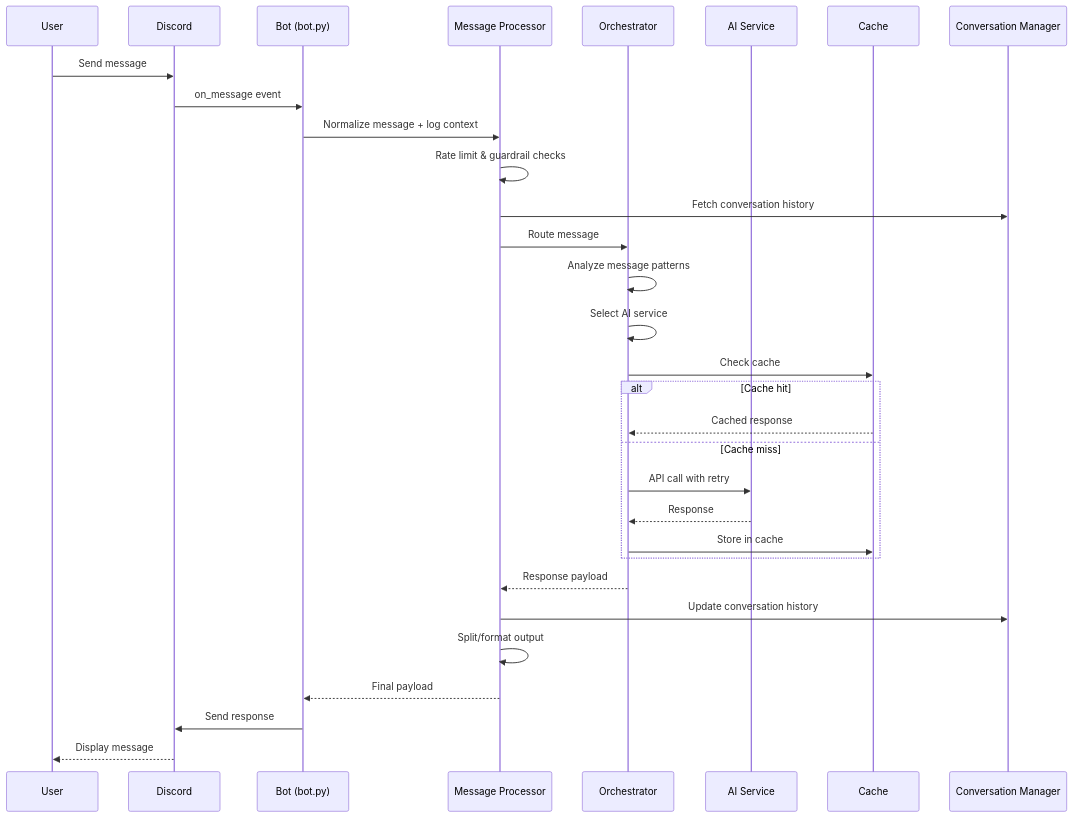
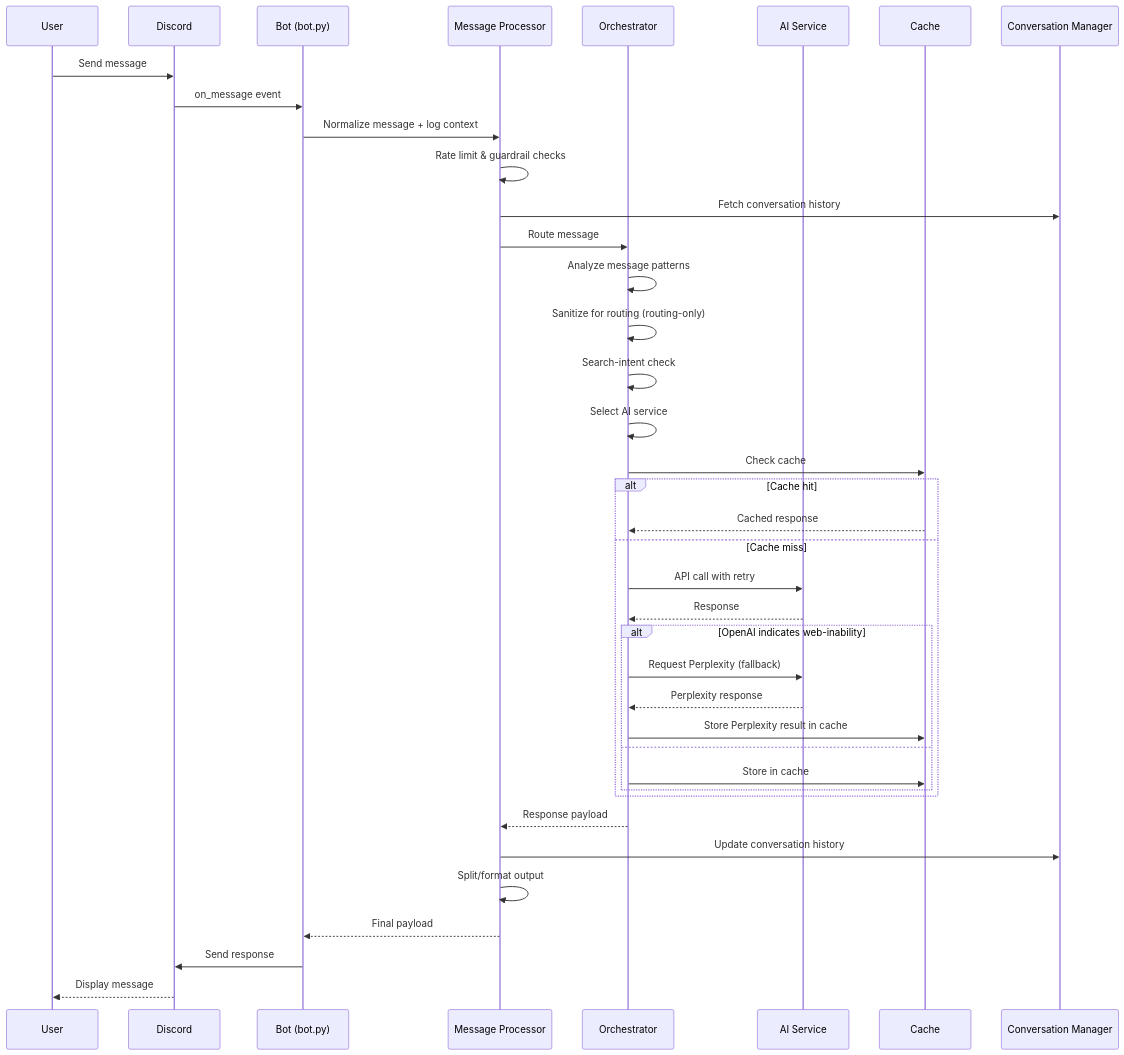
Before and after one commit to johndotpub/DiscordianAI: the diagram in docs/Architecture.md, drawn with Mermaid. The commit also changed 18 other files, not shown here.

````diff
--- a/docs/Architecture.md
+++ b/docs/Architecture.md
@@ -113,34 +113,43 @@
 ```mermaid
 sequenceDiagram
     participant U as User
     participant D as Discord
     participant B as Bot (bot.py)
     participant MP as Message Processor
     participant O as Orchestrator
     participant AI as AI Service
     participant C as Cache
     participant CM as Conversation Manager
 
     U->>D: Send message
     D->>B: on_message event
     B->>MP: Normalize message + log context
     MP->>MP: Rate limit & guardrail checks
     MP->>CM: Fetch conversation history
     MP->>O: Route message
     O->>O: Analyze message patterns
+    O->>O: Sanitize for routing (routing-only)
+    O->>O: Search-intent check
     O->>O: Select AI service
     O->>C: Check cache
     alt Cache hit
         C-->>O: Cached response
     else Cache miss
         O->>AI: API call with retry
         AI-->>O: Response
-        O->>C: Store in cache
+        %% If OpenAI responded but indicates web-inability, orchestrator reroutes
+        alt OpenAI indicates web-inability
+            O->>AI: Request Perplexity (fallback)
+            AI-->>O: Perplexity response
+            O->>C: Store Perplexity result in cache
+        else
+            O->>C: Store in cache
+        end
     end
     O-->>MP: Response payload
     MP->>CM: Update conversation history
     MP->>MP: Split/format output
     MP-->>B: Final payload
     B->>D: Send response
     D-->>U: Display message
 ```
````
